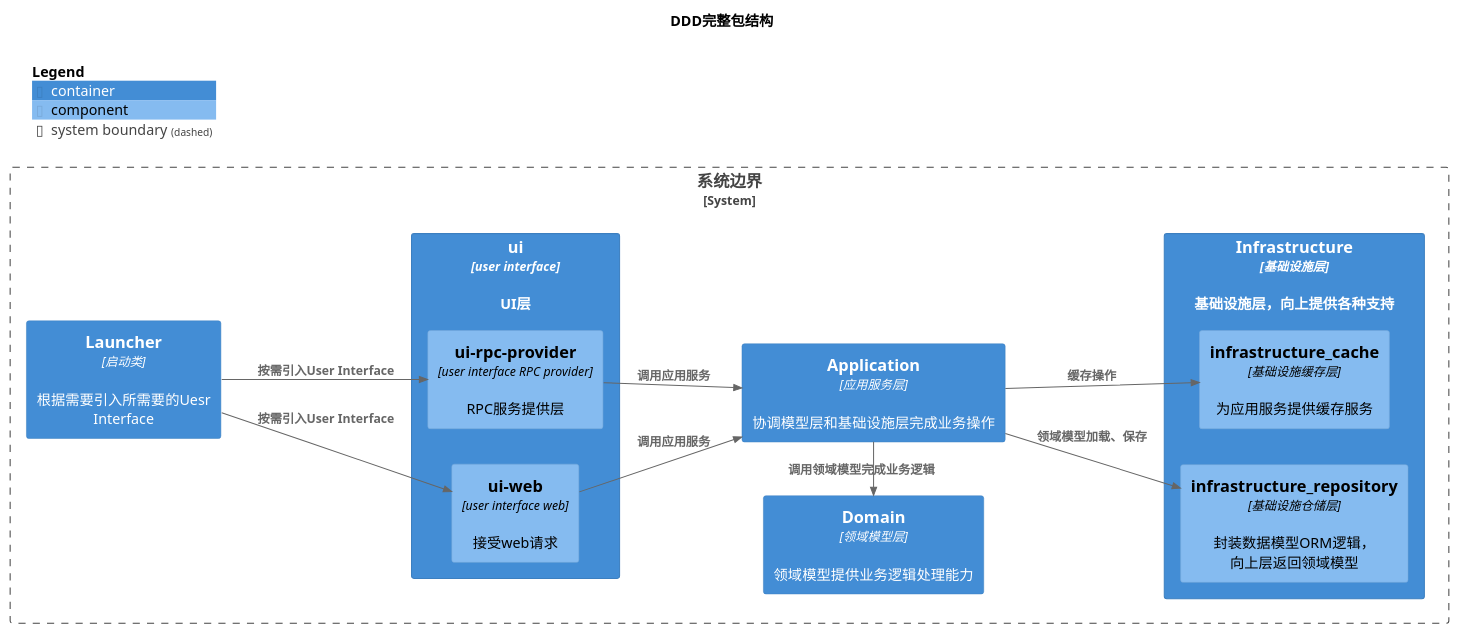
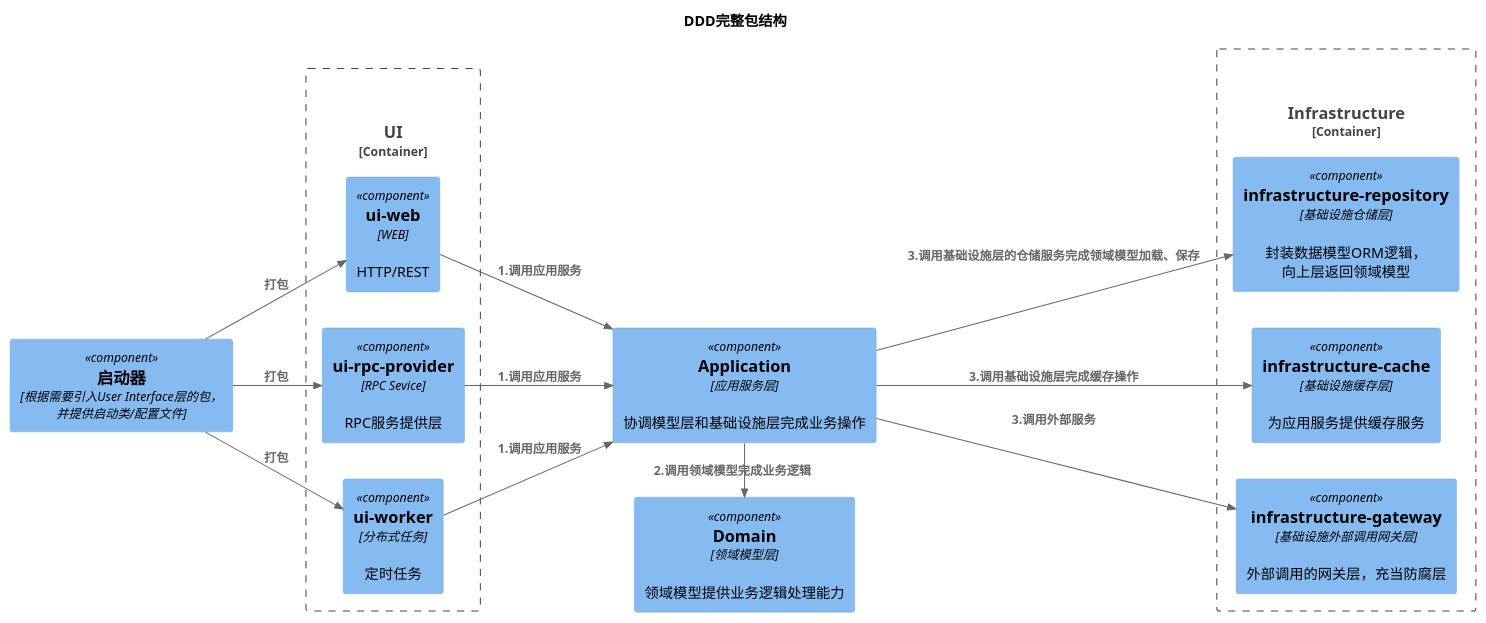
Before and after one commit to feiniaojin/Thinking-in-DDD: the diagram in plantuml/ct.005.puml, drawn with PlantUML. The commit also changed 17 other files, not shown here.

```diff
--- a/plantuml/ct.005.puml
+++ b/plantuml/ct.005.puml
@@ -1,41 +1,42 @@
 @startuml
 
 !include https://gitee.com/igingo/C4-PlantUML/raw/master/C4_Context.puml
 !include https://gitee.com/igingo/C4-PlantUML/raw/master/C4_Container.puml
 !include https://gitee.com/igingo/C4-PlantUML/raw/master/C4_Component.puml
 
 title "DDD完整包结构"
 
-System_Boundary(SB_APP, "系统边界"){
+Component(C_launcher, "启动器", "根据需要引入User Interface层的包，并提供启动类/配置文件")
 
-    Container(C_launcher, "Launcher","启动类", "根据需要引入所需要的Uesr Interface")
-
-    Container(C_ui, "ui", "user interface","UI层"){
-        Component(C_ui_web, "ui-web", "user interface web","接受web请求")
-        Component(C_ui_rpc_provider, "ui-rpc-provider", "user interface RPC provider","RPC服务提供层")
-    }
-
-    Container(C_application, "Application","应用服务层", "协调模型层和基础设施层完成业务操作")
-    Container(C_domain, "Domain","领域模型层", "领域模型提供业务逻辑处理能力")
-    Container(C_infrastructure, "Infrastructure","基础设施层", "基础设施层，向上提供各种支持"){
-        Component(C_infrastructure_repository, "infrastructure_repository","基础设施仓储层", "封装数据模型ORM逻辑，向上层返回领域模型")
-        Component(C_infrastructure_cache, "infrastructure_cache","基础设施缓存层", "为应用服务提供缓存服务")
-
-    }
+Container_Boundary(C_ui, "UI", "user interface","用户接口层"){
+    Component(C_ui_web, "ui-web", "WEB","HTTP/REST")
+    Component(C_ui_rpc_provider, "ui-rpc-provider", "RPC Sevice","RPC服务提供层")
+    Component(C_ui_worker, "ui-worker", "分布式任务","定时任务")
 }
 
-Rel(C_launcher, C_ui_web, "按需引入User Interface")
-Rel(C_launcher, C_ui_rpc_provider, "按需引入User Interface")
+Component(C_application, "Application","应用服务层", "协调模型层和基础设施层完成业务操作")
+Component(C_domain, "Domain","领域模型层", "领域模型提供业务逻辑处理能力")
+Container_Boundary(C_infrastructure, "Infrastructure","基础设施层", "基础设施层，向上提供各种支持"){
+    Component(C_infrastructure_repository, "infrastructure-repository","基础设施仓储层", "封装数据模型ORM逻辑，向上层返回领域模型")
+    Component(C_infrastructure_cache, "infrastructure-cache","基础设施缓存层", "为应用服务提供缓存服务")
+    Component(C_infrastructure_gateway, "infrastructure-gateway","基础设施外部调用网关层", "外部调用的网关层，充当防腐层")
+}
+
+Rel(C_launcher, C_ui_web, "打包")
+Rel(C_launcher, C_ui_rpc_provider, "打包")
+Rel(C_launcher, C_ui_worker, "打包")
 
 
-Rel(C_ui_rpc_provider, C_application, "调用应用服务")
-Rel(C_ui_web, C_application, "调用应用服务")
-Rel_L(C_application, C_domain, "调用领域模型完成业务逻辑")
-Rel(C_application, C_infrastructure_repository, "领域模型加载、保存")
-Rel(C_application, C_infrastructure_cache, "缓存操作")
+Rel(C_ui_web, C_application, "1.调用应用服务")
+Rel(C_ui_rpc_provider, C_application, "1.调用应用服务")
+Rel(C_ui_worker, C_application, "1.调用应用服务")
 
-LAYOUT_LANDSCAPE()
+Rel_R(C_application, C_domain, "2.调用领域模型完成业务逻辑")
 
-SHOW_FLOATING_LEGEND()
-Lay_Distance(LEGEND(), C_launcher, -1)
+Rel(C_application, C_infrastructure_repository, "3.调用基础设施层的仓储服务完成领域模型加载、保存")
+Rel(C_application, C_infrastructure_cache, "3.调用基础设施层完成缓存操作")
+Rel(C_application, C_infrastructure_gateway, "3.调用外部服务")
+
+left to right direction
+
 @enduml
```
